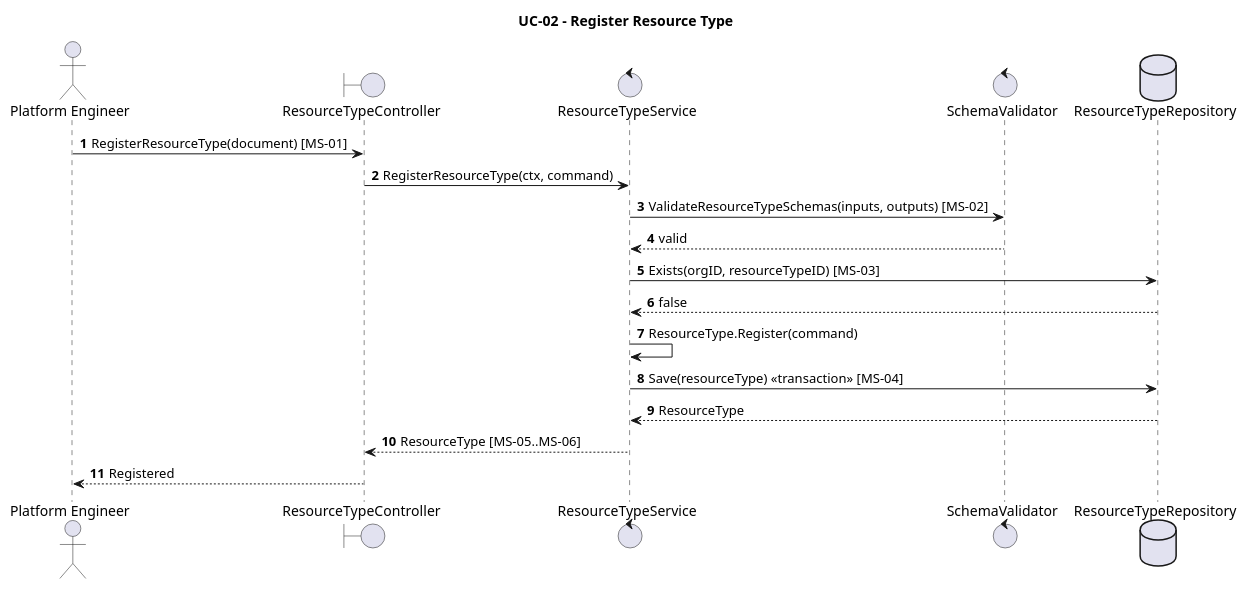
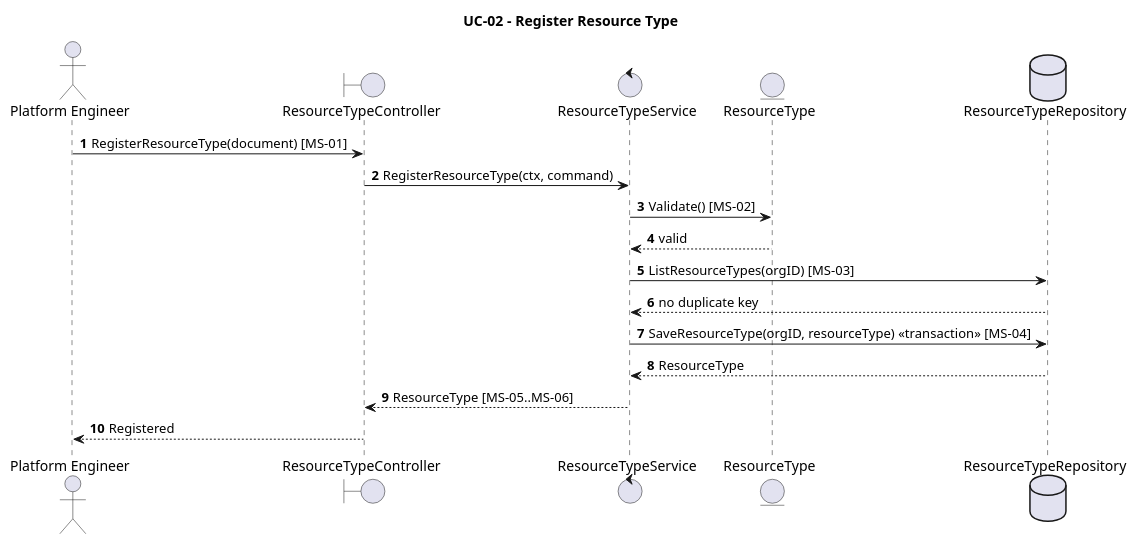
Before and after one commit to pr3s3nt/poc: the diagram in orchestrator_docs/usecase/UC-02/sequence.puml, drawn with PlantUML. The commit also changed 28 other files, not shown here.

Commit message:
Implement organization-scoped UC-02 resource type registration

```diff
--- a/orchestrator_docs/usecase/UC-02/sequence.puml
+++ b/orchestrator_docs/usecase/UC-02/sequence.puml
@@ -1,21 +1,20 @@
 @startuml
 title UC-02 - Register Resource Type
 autonumber
 actor "Platform Engineer" as PE
 boundary ResourceTypeController as API
 control ResourceTypeService as Service
-control SchemaValidator as Validator
+entity ResourceType as Validator
 database ResourceTypeRepository as Repo
 
 PE -> API: RegisterResourceType(document) [MS-01]
 API -> Service: RegisterResourceType(ctx, command)
-Service -> Validator: ValidateResourceTypeSchemas(inputs, outputs) [MS-02]
+Service -> Validator: Validate() [MS-02]
 Validator --> Service: valid
-Service -> Repo: Exists(orgID, resourceTypeID) [MS-03]
-Repo --> Service: false
-Service -> Service: ResourceType.Register(command)
-Service -> Repo: Save(resourceType) <<transaction>> [MS-04]
+Service -> Repo: ListResourceTypes(orgID) [MS-03]
+Repo --> Service: no duplicate key
+Service -> Repo: SaveResourceType(orgID, resourceType) <<transaction>> [MS-04]
 Repo --> Service: ResourceType
 Service --> API: ResourceType [MS-05..MS-06]
 API --> PE: Registered
 @enduml
```
